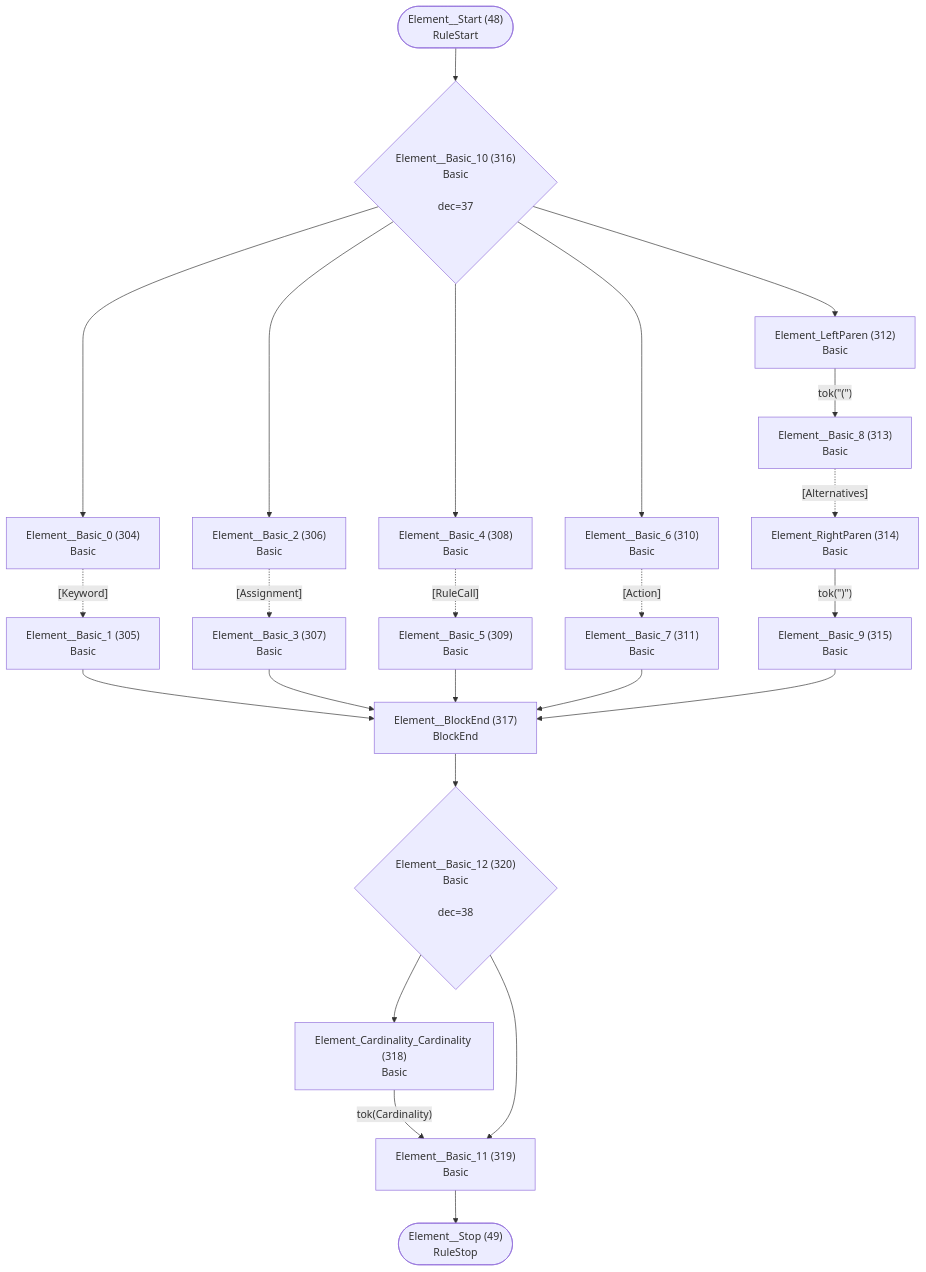
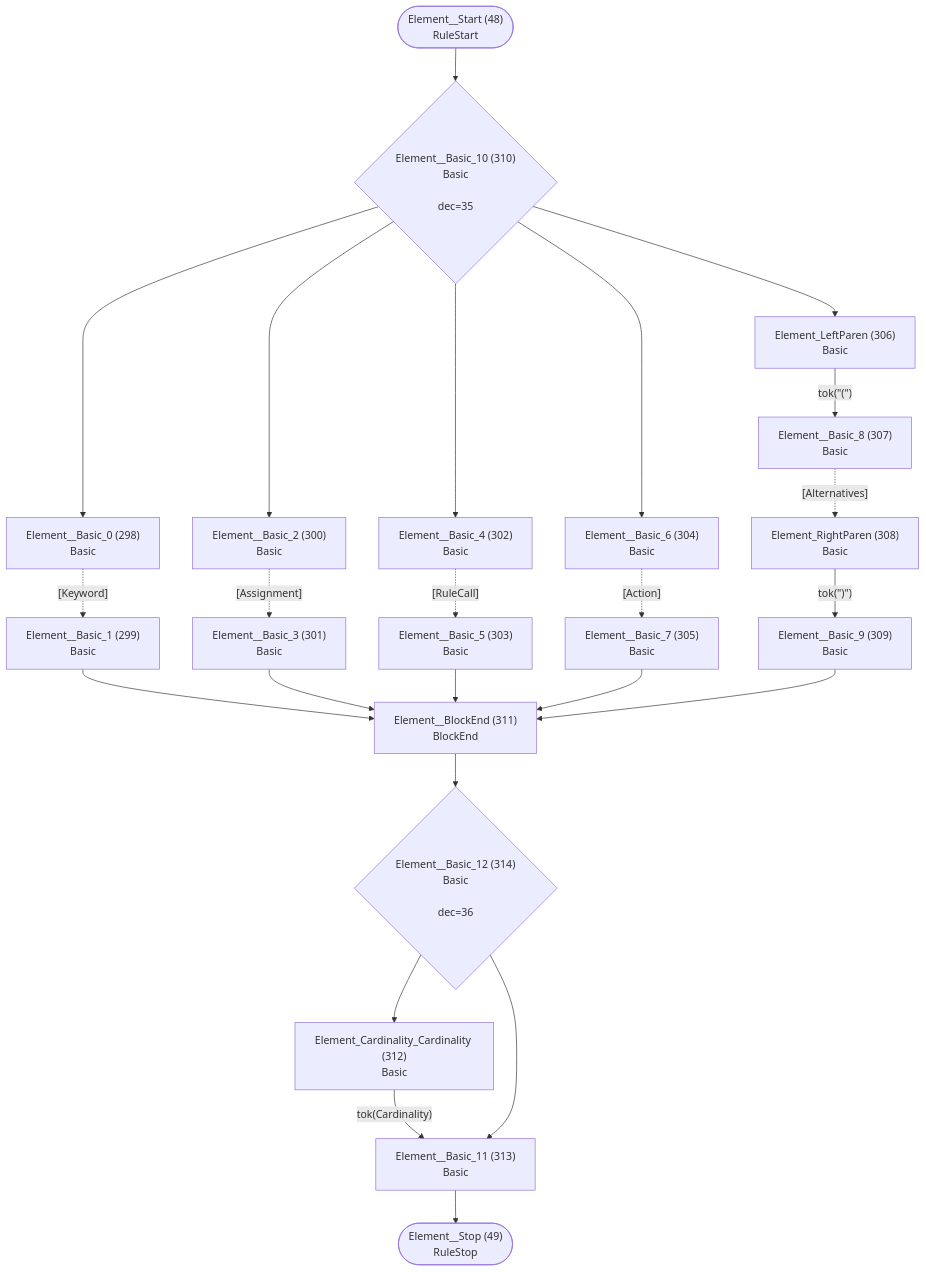
One commit to TypeFox/fastbelt changed diagram 25 of 40 in internal/grammar/atn.md. Above: the diagram before and after it, drawn with Mermaid. The commit also changed other lines of this file and 12 other files, not shown here.

````diff
--- a/internal/grammar/atn.md
+++ b/internal/grammar/atn.md
@@ -743,46 +729,46 @@
 ```mermaid
 flowchart TD
     q48(["Element__Start (48)<br/>RuleStart"])
     q49(["Element__Stop (49)<br/>RuleStop"])
-    q304["Element__Basic_0 (304)<br/>Basic<br/>"]
-    q305["Element__Basic_1 (305)<br/>Basic<br/>"]
-    q306["Element__Basic_2 (306)<br/>Basic<br/>"]
-    q307["Element__Basic_3 (307)<br/>Basic<br/>"]
-    q308["Element__Basic_4 (308)<br/>Basic<br/>"]
-    q309["Element__Basic_5 (309)<br/>Basic<br/>"]
-    q310["Element__Basic_6 (310)<br/>Basic<br/>"]
-    q311["Element__Basic_7 (311)<br/>Basic<br/>"]
-    q312["Element_LeftParen (312)<br/>Basic<br/>"]
-    q313["Element__Basic_8 (313)<br/>Basic<br/>"]
-    q314["Element_RightParen (314)<br/>Basic<br/>"]
-    q315["Element__Basic_9 (315)<br/>Basic<br/>"]
-    q316{"Element__Basic_10 (316)<br/>Basic<br/><br/>dec=37"}
-    q317["Element__BlockEnd (317)<br/>BlockEnd<br/>"]
-    q318["Element_Cardinality_Cardinality (318)<br/>Basic<br/>"]
-    q319["Element__Basic_11 (319)<br/>Basic<br/>"]
-    q320{"Element__Basic_12 (320)<br/>Basic<br/><br/>dec=38"}
+    q298["Element__Basic_0 (298)<br/>Basic<br/>"]
+    q299["Element__Basic_1 (299)<br/>Basic<br/>"]
+    q300["Element__Basic_2 (300)<br/>Basic<br/>"]
+    q301["Element__Basic_3 (301)<br/>Basic<br/>"]
+    q302["Element__Basic_4 (302)<br/>Basic<br/>"]
+    q303["Element__Basic_5 (303)<br/>Basic<br/>"]
+    q304["Element__Basic_6 (304)<br/>Basic<br/>"]
+    q305["Element__Basic_7 (305)<br/>Basic<br/>"]
+    q306["Element_LeftParen (306)<br/>Basic<br/>"]
+    q307["Element__Basic_8 (307)<br/>Basic<br/>"]
+    q308["Element_RightParen (308)<br/>Basic<br/>"]
+    q309["Element__Basic_9 (309)<br/>Basic<br/>"]
+    q310{"Element__Basic_10 (310)<br/>Basic<br/><br/>dec=35"}
+    q311["Element__BlockEnd (311)<br/>BlockEnd<br/>"]
+    q312["Element_Cardinality_Cardinality (312)<br/>Basic<br/>"]
+    q313["Element__Basic_11 (313)<br/>Basic<br/>"]
+    q314{"Element__Basic_12 (314)<br/>Basic<br/><br/>dec=36"}
 
-    q48 --> q316
-    q304 -.->|"[Keyword]"| q305
-    q305 --> q317
-    q306 -.->|"[Assignment]"| q307
-    q307 --> q317
-    q308 -.->|"[RuleCall]"| q309
-    q309 --> q317
-    q310 -.->|"[Action]"| q311
-    q311 --> q317
-    q312 -->|"tok(&quot;(&quot;)"| q313
-    q313 -.->|"[Alternatives]"| q314
-    q314 -->|"tok(&quot;)&quot;)"| q315
-    q315 --> q317
-    q316 --> q304
-    q316 --> q306
-    q316 --> q308
-    q316 --> q310
-    q316 --> q312
-    q317 --> q320
-    q318 -->|"tok(Cardinality)"| q319
-    q319 --> q49
-    q320 --> q318
-    q320 --> q319
+    q48 --> q310
+    q298 -.->|"[Keyword]"| q299
+    q299 --> q311
+    q300 -.->|"[Assignment]"| q301
+    q301 --> q311
+    q302 -.->|"[RuleCall]"| q303
+    q303 --> q311
+    q304 -.->|"[Action]"| q305
+    q305 --> q311
+    q306 -->|"tok(&quot;(&quot;)"| q307
+    q307 -.->|"[Alternatives]"| q308
+    q308 -->|"tok(&quot;)&quot;)"| q309
+    q309 --> q311
+    q310 --> q298
+    q310 --> q300
+    q310 --> q302
+    q310 --> q304
+    q310 --> q306
+    q311 --> q314
+    q312 -->|"tok(Cardinality)"| q313
+    q313 --> q49
+    q314 --> q312
+    q314 --> q313
 ```
````
